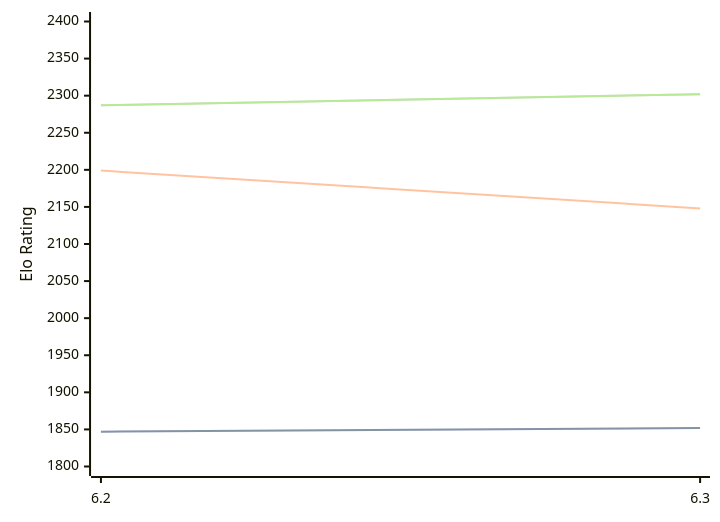
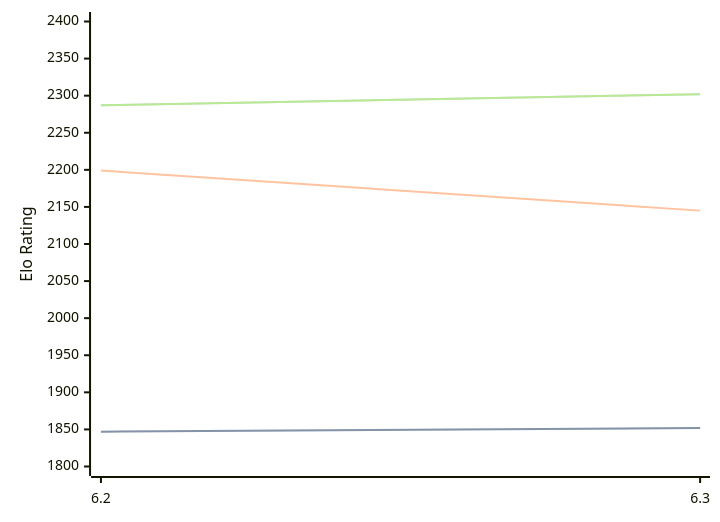
Before and after one commit to computer-chess-index/cci: the third of 3 diagrams in engines/chess4j.md, drawn with Mermaid. The commit also changed other lines of this file, not shown here.

````diff
--- a/engines/chess4j.md
+++ b/engines/chess4j.md
@@ -71,11 +71,11 @@
 ```mermaid
 %%{init: {"theme":"base","themeVariables":{"seriesColors:['#a3a3a3','#222221','#faa371']}}}%%
 xychart-beta
   x-axis ["6.2", "6.3"]
   y-axis "Elo Rating" 1800 --> 2400
   line "STC (8.0+0.08s)" [1847, 1852]
   line "STC (8.0+0.08s)" [1847, 1852]
-  line "LTC (60.0+0.60s)" [2199, 2148]
+  line "LTC (60.0+0.60s)" [2199, 2145]
   line "VLTC (2m24s+1.12s)" [2287, 2302]
   line "VLTC (2m24s+1.12s)" [2287, 2302]
 ```
````
